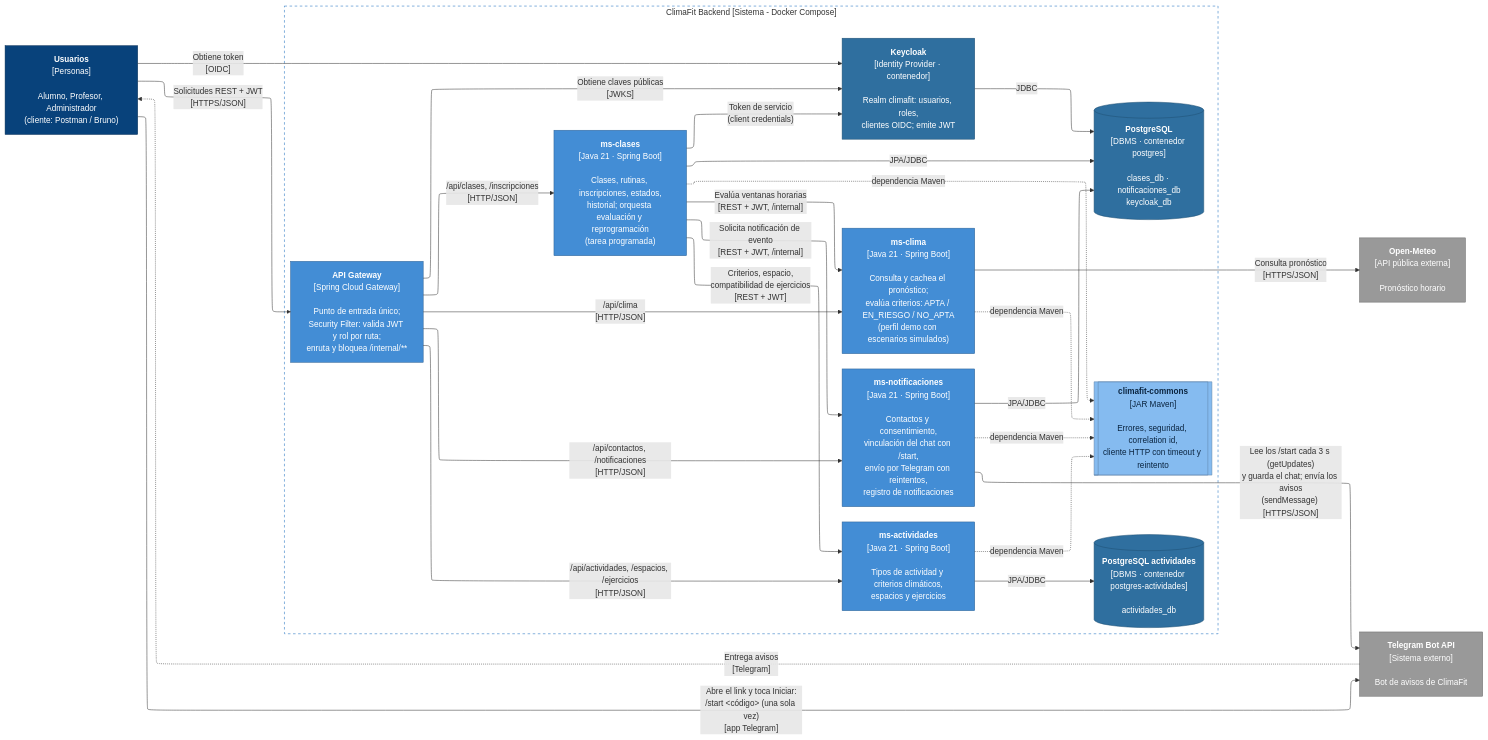
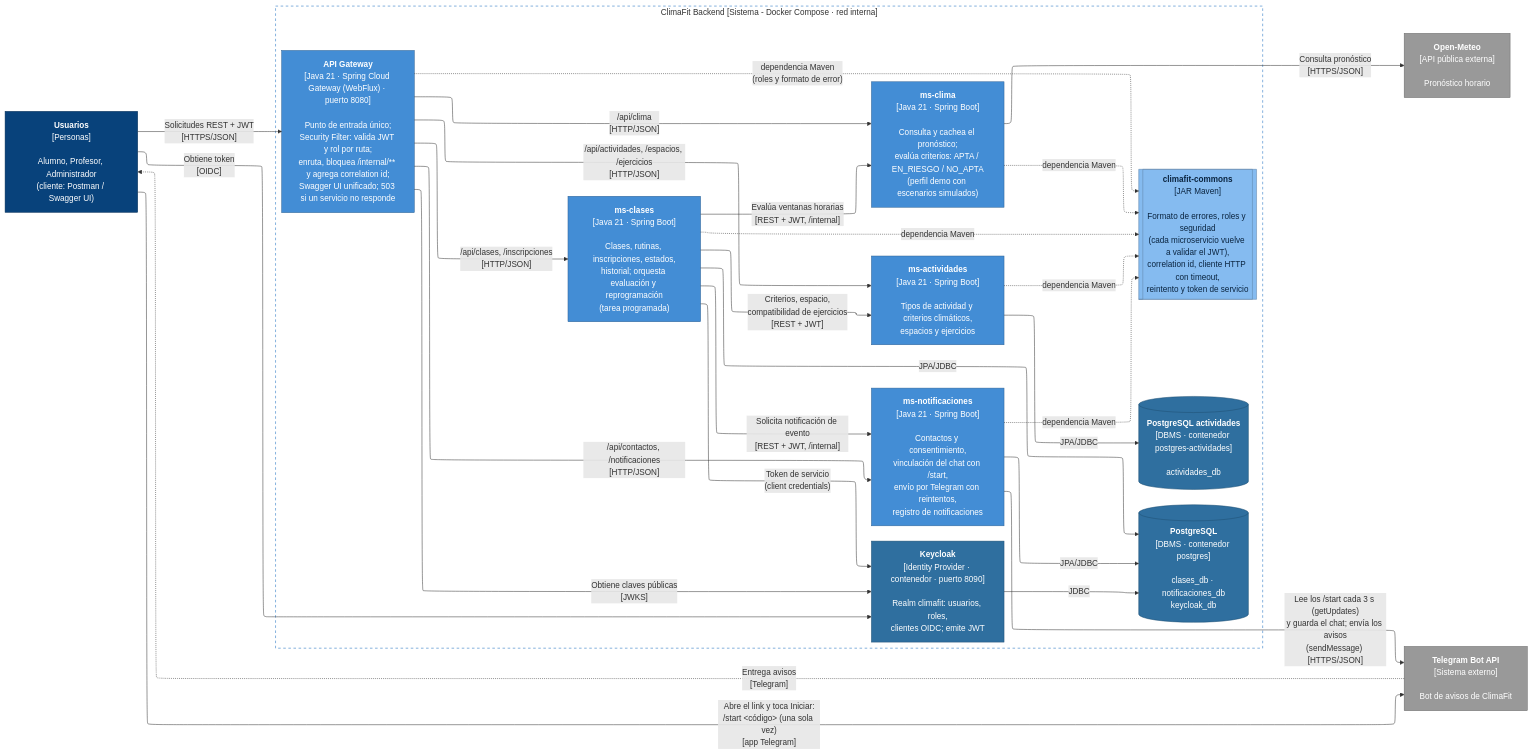
One commit to tomy91449/climafit changed the diagram in docs/diagramas/c4-contenedores.mmd. Above: the diagram before and after it, drawn with Mermaid. The commit also changed 4 other files, not shown here.

First line of the commit message:
Diagrama C4 de contenedores al día y advertencias de tests de ms-clases

```diff
--- a/docs/diagramas/c4-contenedores.mmd
+++ b/docs/diagramas/c4-contenedores.mmd
@@ -1,62 +1,63 @@
 ---
 config:
   layout: elk
 ---
 %% C2 - Diagrama de Contenedores (C4) - ClimaFit
 flowchart LR
-  usuarios["<b>Usuarios</b><br/>[Personas]<br/><br/>Alumno, Profesor, Administrador<br/>(cliente: Postman / Bruno)"]
+  usuarios["<b>Usuarios</b><br/>[Personas]<br/><br/>Alumno, Profesor, Administrador<br/>(cliente: Postman / Swagger UI)"]
 
-  subgraph sistema["ClimaFit Backend [Sistema - Docker Compose]"]
-    gateway["<b>API Gateway</b><br/>[Spring Cloud Gateway]<br/><br/>Punto de entrada único;<br/>Security Filter: valida JWT y rol por ruta;<br/>enruta y bloquea /internal/**"]
+  subgraph sistema["ClimaFit Backend [Sistema - Docker Compose · red interna]"]
+    gateway["<b>API Gateway</b><br/>[Java 21 · Spring Cloud Gateway (WebFlux) · puerto 8080]<br/><br/>Punto de entrada único;<br/>Security Filter: valida JWT y rol por ruta;<br/>enruta, bloquea /internal/** y agrega correlation id;<br/>Swagger UI unificado; 503 si un servicio no responde"]
     actividades["<b>ms-actividades</b><br/>[Java 21 · Spring Boot]<br/><br/>Tipos de actividad y criterios climáticos,<br/>espacios y ejercicios"]
     clases["<b>ms-clases</b><br/>[Java 21 · Spring Boot]<br/><br/>Clases, rutinas, inscripciones, estados,<br/>historial; orquesta evaluación y reprogramación<br/>(tarea programada)"]
     clima["<b>ms-clima</b><br/>[Java 21 · Spring Boot]<br/><br/>Consulta y cachea el pronóstico;<br/>evalúa criterios: APTA / EN_RIESGO / NO_APTA<br/>(perfil demo con escenarios simulados)"]
     notificaciones["<b>ms-notificaciones</b><br/>[Java 21 · Spring Boot]<br/><br/>Contactos y consentimiento,<br/>vinculación del chat con /start,<br/>envío por Telegram con reintentos,<br/>registro de notificaciones"]
-    commons[["<b>climafit-commons</b><br/>[JAR Maven]<br/><br/>Errores, seguridad, correlation id,<br/>cliente HTTP con timeout y reintento"]]
+    commons[["<b>climafit-commons</b><br/>[JAR Maven]<br/><br/>Formato de errores, roles y seguridad<br/>(cada microservicio vuelve a validar el JWT),<br/>correlation id, cliente HTTP con timeout,<br/>reintento y token de servicio"]]
     db[("<b>PostgreSQL</b><br/>[DBMS · contenedor postgres]<br/><br/>clases_db · notificaciones_db<br/>keycloak_db")]
     dbActividades[("<b>PostgreSQL actividades</b><br/>[DBMS · contenedor postgres-actividades]<br/><br/>actividades_db")]
-    keycloak["<b>Keycloak</b><br/>[Identity Provider · contenedor]<br/><br/>Realm climafit: usuarios, roles,<br/>clientes OIDC; emite JWT"]
+    keycloak["<b>Keycloak</b><br/>[Identity Provider · contenedor · puerto 8090]<br/><br/>Realm climafit: usuarios, roles,<br/>clientes OIDC; emite JWT"]
   end
 
   openmeteo["<b>Open-Meteo</b><br/>[API pública externa]<br/><br/>Pronóstico horario"]
   telegram["<b>Telegram Bot API</b><br/>[Sistema externo]<br/><br/>Bot de avisos de ClimaFit"]
 
   usuarios -- "Obtiene token<br/>[OIDC]" --> keycloak
   usuarios -- "Solicitudes REST + JWT<br/>[HTTPS/JSON]" --> gateway
   usuarios -- "Abre el link y toca Iniciar:<br/>/start #lt;código#gt; (una sola vez)<br/>[app Telegram]" --> telegram
   gateway -- "Obtiene claves públicas<br/>[JWKS]" --> keycloak
   gateway -- "/api/actividades, /espacios, /ejercicios<br/>[HTTP/JSON]" --> actividades
   gateway -- "/api/clases, /inscripciones<br/>[HTTP/JSON]" --> clases
   gateway -- "/api/clima<br/>[HTTP/JSON]" --> clima
   gateway -- "/api/contactos, /notificaciones<br/>[HTTP/JSON]" --> notificaciones
 
   clases -- "Criterios, espacio,<br/>compatibilidad de ejercicios<br/>[REST + JWT]" --> actividades
   clases -- "Evalúa ventanas horarias<br/>[REST + JWT, /internal]" --> clima
   clases -- "Solicita notificación de evento<br/>[REST + JWT, /internal]" --> notificaciones
   clases -- "Token de servicio<br/>(client credentials)" --> keycloak
 
   actividades -- "JPA/JDBC" --> dbActividades
   clases -- "JPA/JDBC" --> db
   notificaciones -- "JPA/JDBC" --> db
   keycloak -- "JDBC" --> db
 
   clima -- "Consulta pronóstico<br/>[HTTPS/JSON]" --> openmeteo
   notificaciones -- "Lee los /start cada 3 s (getUpdates)<br/>y guarda el chat; envía los avisos<br/>(sendMessage) [HTTPS/JSON]" --> telegram
   telegram -. "Entrega avisos<br/>[Telegram]" .-> usuarios
 
   actividades -.->|"dependencia Maven"| commons
   clases -.->|"dependencia Maven"| commons
   clima -.->|"dependencia Maven"| commons
   notificaciones -.->|"dependencia Maven"| commons
+  gateway -.->|"dependencia Maven<br/>(roles y formato de error)"| commons
 
   classDef persona fill:#08427b,stroke:#052e56,color:#ffffff
   classDef contenedor fill:#438dd5,stroke:#2e6295,color:#ffffff
   classDef infra fill:#2f6f9f,stroke:#1f4f73,color:#ffffff
   classDef libreria fill:#85bbf0,stroke:#5d82a8,color:#0b2540
   classDef externo fill:#999999,stroke:#6b6b6b,color:#ffffff
   class usuarios persona
   class gateway,actividades,clases,clima,notificaciones contenedor
   class db,dbActividades,keycloak infra
   class commons libreria
   class openmeteo,telegram externo
   style sistema fill:#ffffff,stroke:#1168bd,stroke-dasharray: 5 5
```
